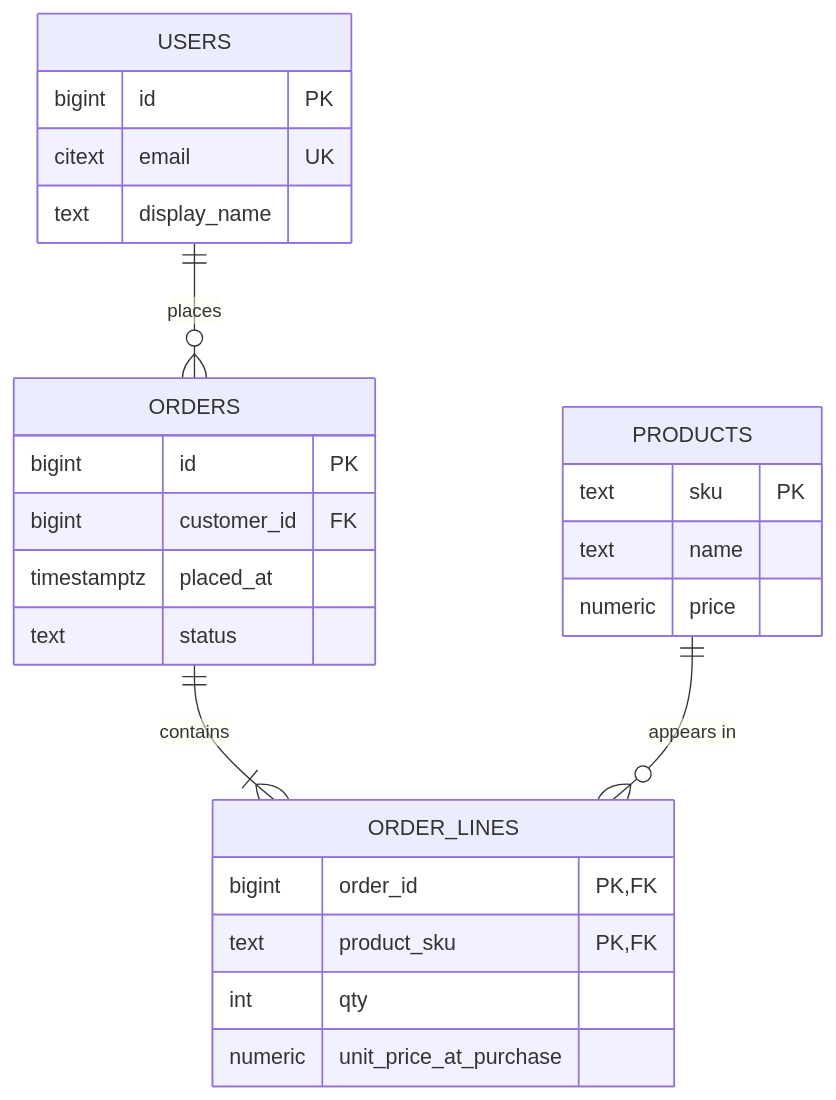
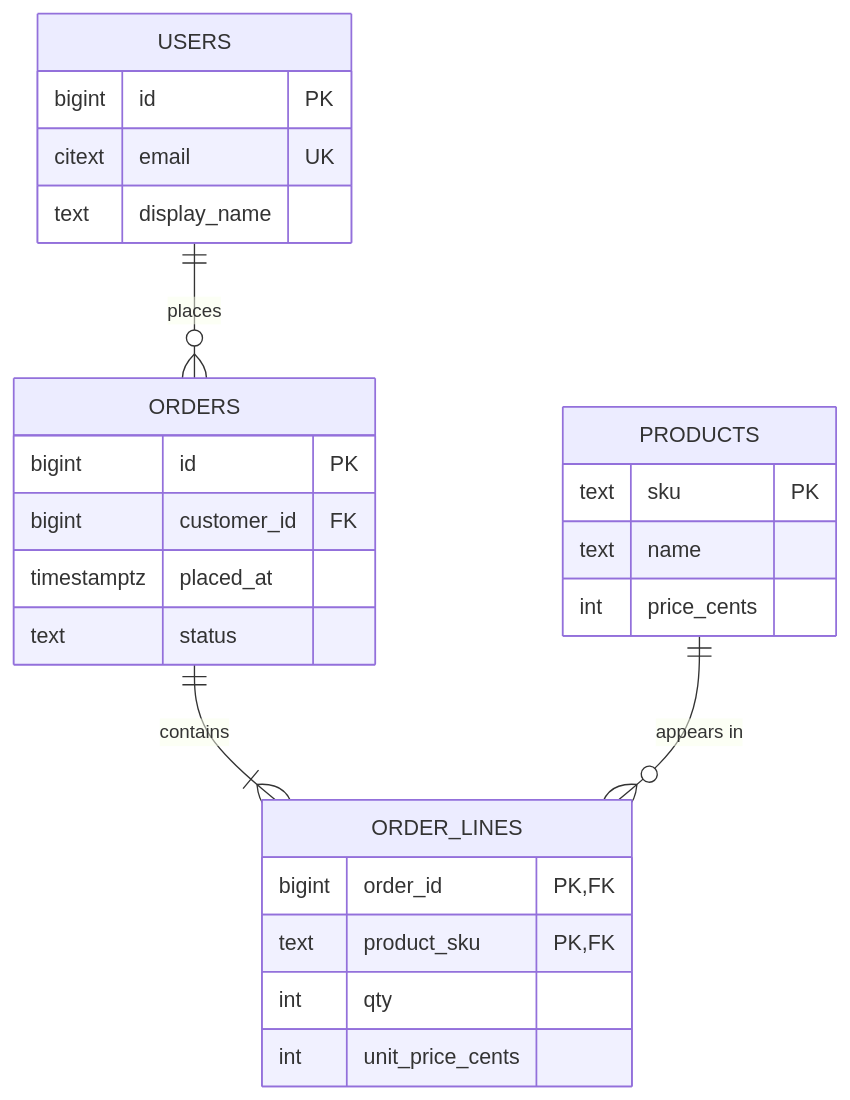
One commit to thull32/ascend changed the diagram in content/tracks/07-databases/01-relational-fundamentals/01-the-relational-model.md. Above: the diagram before and after it, drawn with Mermaid. The commit also changed other lines of this file and 23 other files, not shown here.

````diff
--- a/content/tracks/07-databases/01-relational-fundamentals/01-the-relational-model.md
+++ b/content/tracks/07-databases/01-relational-fundamentals/01-the-relational-model.md
@@ -84,28 +147,28 @@
 ```mermaid
 erDiagram
     USERS ||--o{ ORDERS : places
     ORDERS ||--|{ ORDER_LINES : contains
     PRODUCTS ||--o{ ORDER_LINES : "appears in"
     USERS {
         bigint id PK
         citext email UK
         text display_name
     }
     ORDERS {
         bigint id PK
         bigint customer_id FK
         timestamptz placed_at
         text status
     }
     ORDER_LINES {
         bigint order_id PK, FK
         text product_sku PK, FK
         int qty
-        numeric unit_price_at_purchase
+        int unit_price_cents
     }
     PRODUCTS {
         text sku PK
         text name
-        numeric price
+        int price_cents
     }
 ```
````
